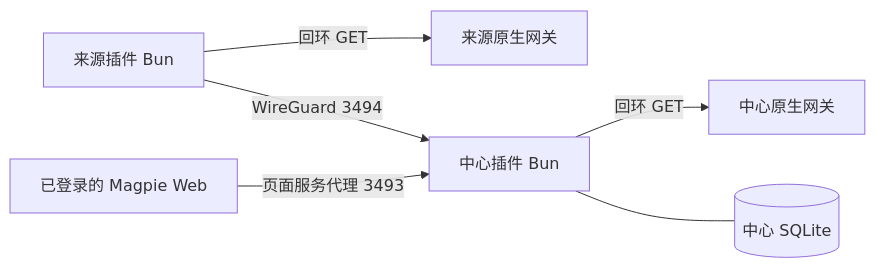
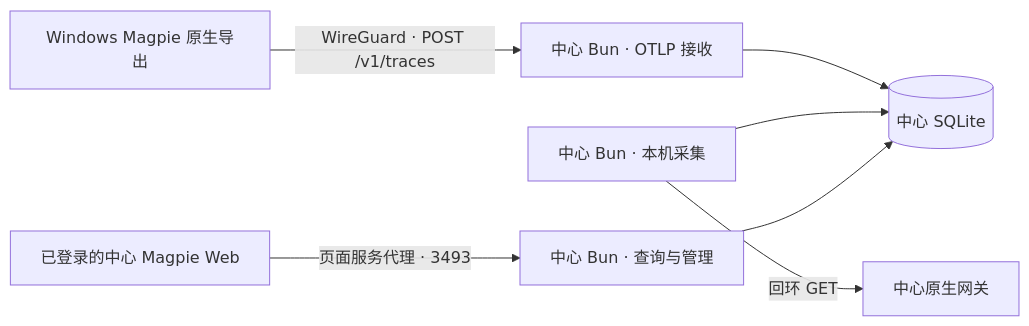
The diagram in docs/03-整体架构与模块职责.md (xiao-xiao-cai/magpie-usage-hub), drawn with Mermaid before and after one commit. The commit also changed other lines of this file and 45 other files, not shown here.

Commit message:
feat: receive native Magpie OTLP usage at the center

````diff
--- a/docs/03-整体架构与模块职责.md
+++ b/docs/03-整体架构与模块职责.md
@@ -5,8 +5,9 @@
 ```mermaid
 flowchart LR
-    source[来源插件 Bun] -->|回环 GET| gateway[来源原生网关]
-    source -->|WireGuard 3494| hub[中心插件 Bun]
-    hub -->|回环 GET| center[中心原生网关]
-    hub --- ledger[(中心 SQLite)]
-    web[已登录的 Magpie Web] -->|页面服务代理 3493| hub
+    windows[Windows Magpie 原生导出] -->|WireGuard · POST /v1/traces| ingest[中心 Bun · OTLP 接收]
+    collector[中心 Bun · 本机采集] -->|回环 GET| gateway[中心原生网关]
+    ingest --> ledger[(中心 SQLite)]
+    collector --> ledger
+    web[已登录的中心 Magpie Web] -->|页面服务代理 · 3493| service[中心 Bun · 查询与管理]
+    service --> ledger
 ```
````
